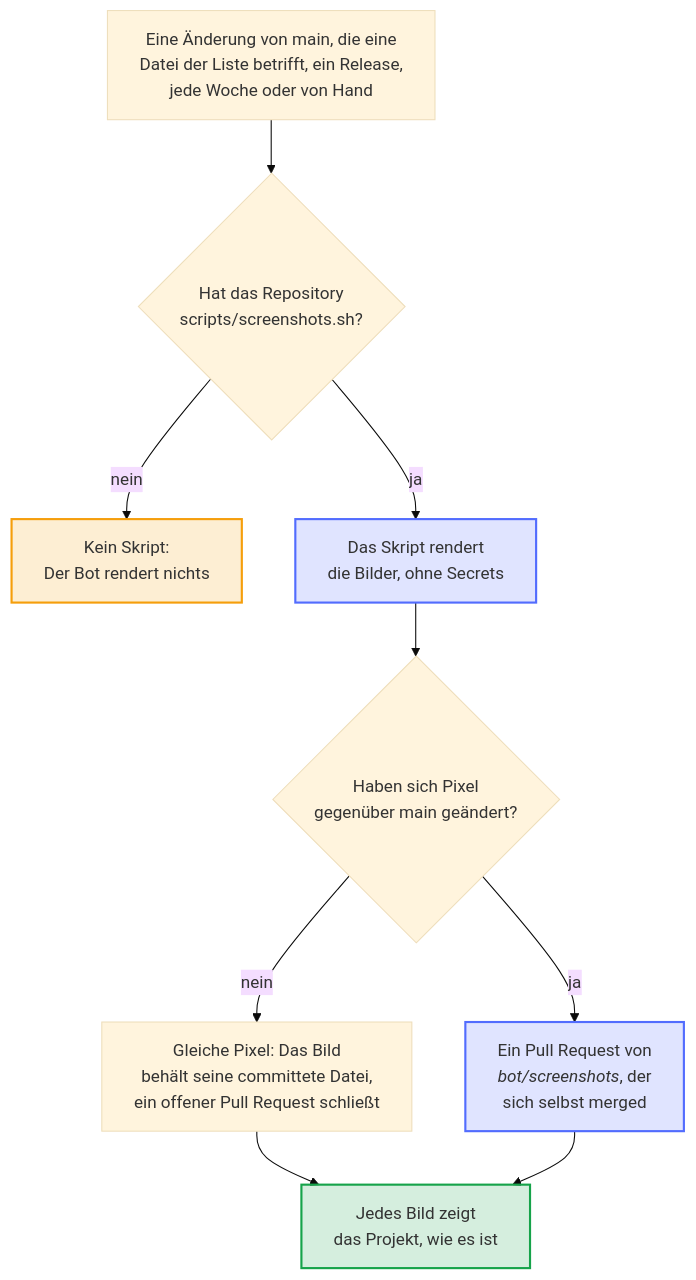
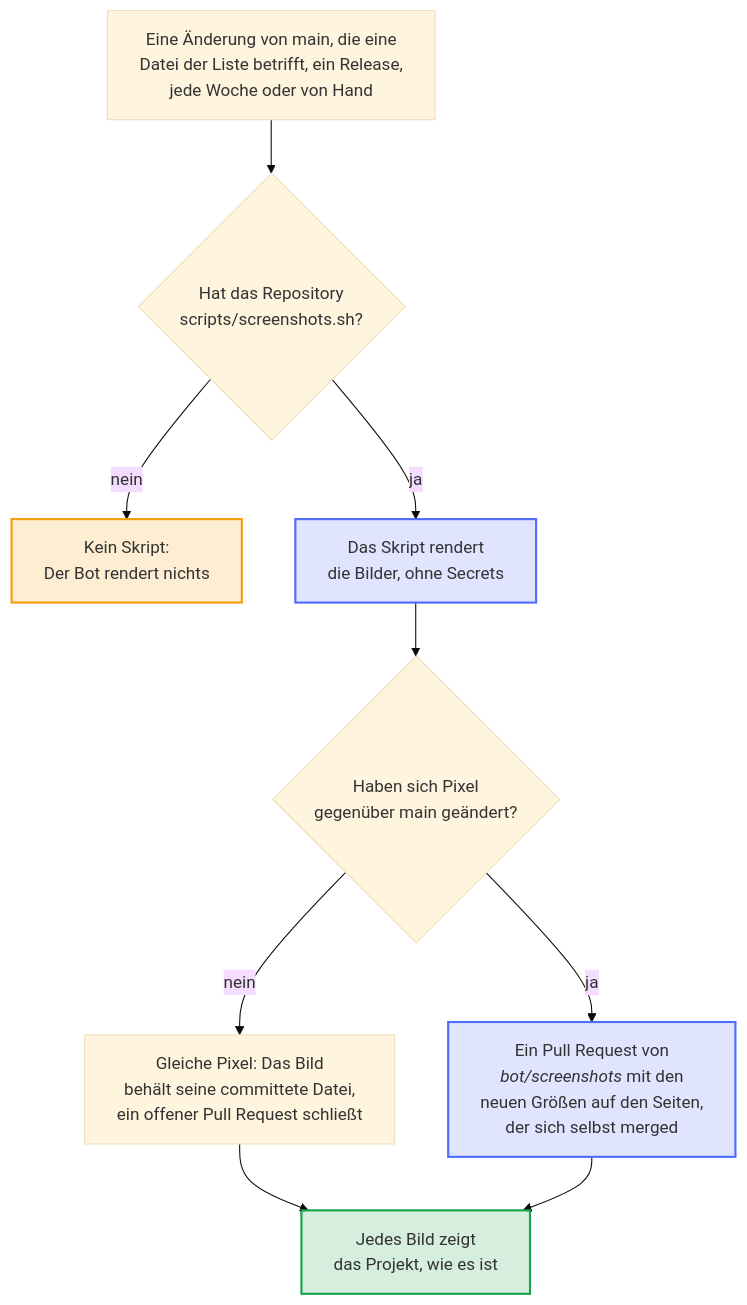
Before and after one commit to Dennis-Otto/repo-blueprint: the diagram in docs/diagrams/how-the-screenshots-renew-themselves.de.mmd, drawn with Mermaid (base theme). The commit also changed 21 other files, not shown here.

First line of the commit message:
fix: the screenshot bot corrects the sizes of the pictures it changes (#603)

```diff
--- a/docs/diagrams/how-the-screenshots-renew-themselves.de.mmd
+++ b/docs/diagrams/how-the-screenshots-renew-themselves.de.mmd
@@ -1,30 +1,30 @@
 ---
 config:
   flowchart:
     wrappingWidth: 400
 ---
 flowchart TB
     accTitle: Wie sich die Screenshots selbst erneuern
-    accDescr: Nach einer Änderung von main, die eine Datei aus .github/screenshots-paths.txt betrifft, nach jedem Release, jede Woche und auf Wunsch sucht der Screenshot-Bot scripts/screenshots.sh; ohne das Skript rendert er nichts. Das Skript rendert die Bilder ohne Secrets, und jedes Bild, dessen Pixel gleich blieben, behält seine committete Datei. Haben sich Pixel geändert, hält ein Pull Request von bot/screenshots die neuen Bilder und merged sich selbst, sobald alle Prüfungen bestehen; sieht main aus wie gerendert, schließt der Bot ihn. So zeigt jedes Bild das Projekt, wie es ist.
+    accDescr: Nach einer Änderung von main, die eine Datei aus .github/screenshots-paths.txt betrifft, nach jedem Release, jede Woche und auf Wunsch sucht der Screenshot-Bot scripts/screenshots.sh; ohne das Skript rendert er nichts. Das Skript rendert die Bilder ohne Secrets, und jedes Bild, dessen Pixel gleich blieben, behält seine committete Datei. Haben sich Pixel geändert, hält ein Pull Request von bot/screenshots die neuen Bilder und die Breite und Höhe, die die Seiten für sie nennen, und merged sich selbst, sobald alle Prüfungen bestehen; sieht main aus wie gerendert, schließt der Bot ihn. So zeigt jedes Bild das Projekt, wie es ist.
 
     event["`Eine Änderung von main, die eine<br>Datei der Liste betrifft, ein Release,<br>jede Woche oder von Hand`"]
     script{"Hat das Repository<br>scripts/screenshots.sh?"}
     off["Kein Skript:<br>Der Bot rendert nichts"]
     render["Das Skript rendert<br>die Bilder, ohne Secrets"]
     pixels{"Haben sich Pixel<br>gegenüber main geändert?"}
     same["`Gleiche Pixel: Das Bild<br>behält seine committete Datei,<br>ein offener Pull Request schließt`"]
-    pr["`Ein Pull Request von<br>*bot/screenshots*, der<br>sich selbst merged`"]
+    pr["`Ein Pull Request von<br>*bot/screenshots* mit den<br>neuen Größen auf den Seiten,<br>der sich selbst merged`"]
     done["Jedes Bild zeigt<br>das Projekt, wie es ist"]
 
     event --> script
     script -- "nein" --> off
     script -- "ja" --> render --> pixels
     pixels -- "nein" --> same --> done
     pixels -- "ja" --> pr --> done
 
     classDef bot fill:#526cfe2e,stroke:#526cfe,stroke-width:2px
     classDef person fill:#f59e0b2e,stroke:#f59e0b,stroke-width:2px
     classDef done fill:#16a34a2e,stroke:#16a34a,stroke-width:2px
     class render,pr bot
     class off person
     class done done
```
